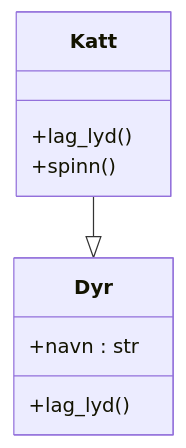
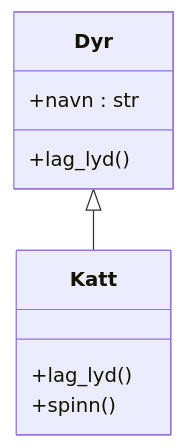
Before and after one commit to thorcc/it2-bok: the fourth of 7 diagrams in src/content/docs/apputvikling/1-oom.mdx, drawn with Mermaid. The commit also changed other lines of this file, not shown here.

````diff
--- a/src/content/docs/apputvikling/1-oom.mdx
+++ b/src/content/docs/apputvikling/1-oom.mdx
@@ -190,14 +190,14 @@
 ```mermaid
 classDiagram
 class Dyr {
     +navn : str
     +lag_lyd()
 }
 
 class Katt {
     +lag_lyd()
     +spinn()
 }
 
-Katt --|> Dyr
+Dyr <|-- Katt
 ```
````
